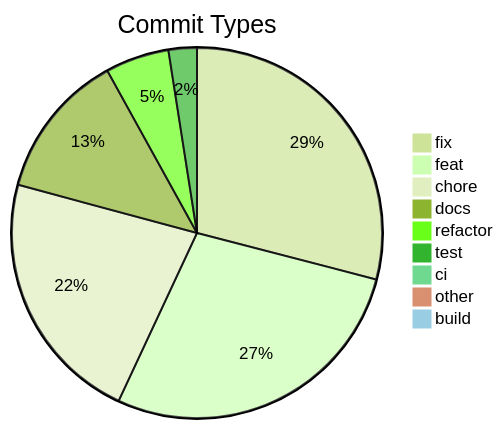
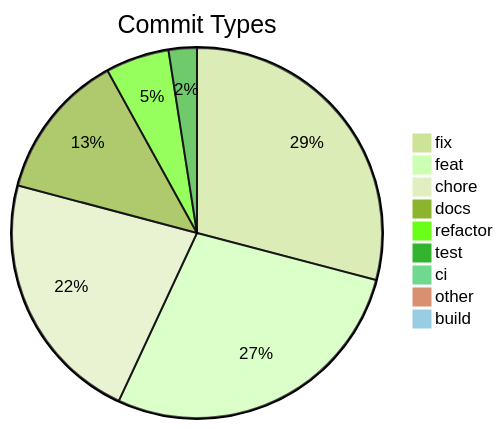
The diagram in .shipwright/compliance/change-history.md (svenroth-ai/shipwright), drawn with Mermaid (forest theme) before and after one commit. The commit also changed other lines of this file and 29 other files, not shown here.

````diff
--- a/.shipwright/compliance/change-history.md
+++ b/.shipwright/compliance/change-history.md
@@ -8,12 +8,12 @@
 ```mermaid
 pie title Commit Types
-    "fix" : 282
+    "fix" : 283
     "feat" : 271
     "chore" : 216
-    "docs" : 124
+    "docs" : 125
     "refactor" : 54
     "test" : 24
     "ci" : 7
     "other" : 7
     "build" : 1
 ```
````
